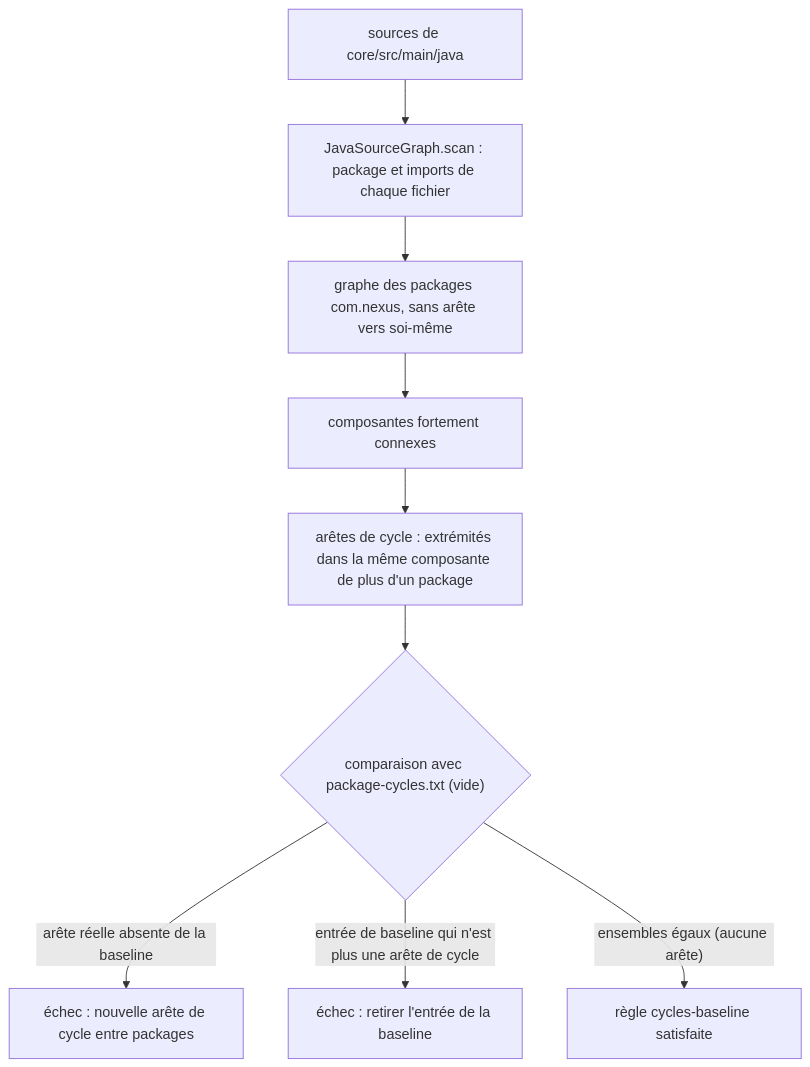
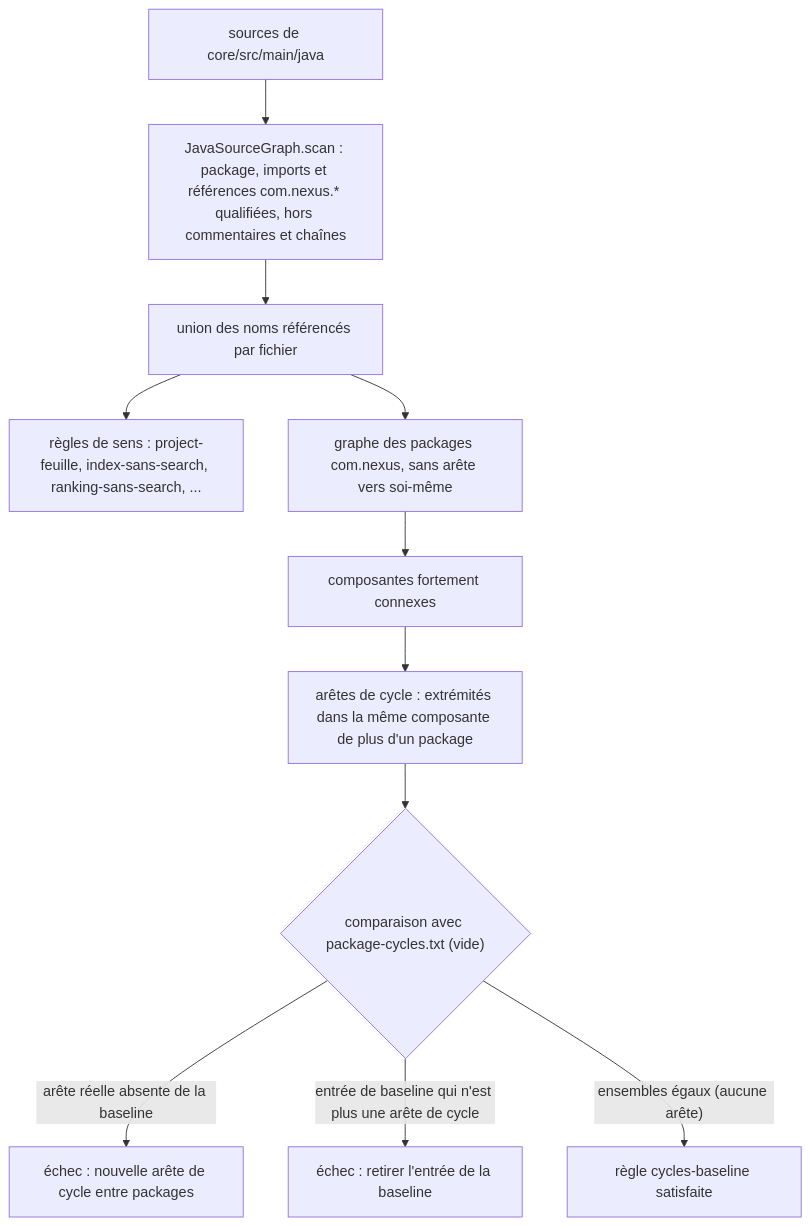
Before and after one commit to FTurleque/nexus-context-engine: the third of 3 diagrams in docs/developer/architecture-implementation.md, drawn with Mermaid. The commit also changed other lines of this file and 10 other files, not shown here.

First line of the commit message:
test(architecture): lire les références qualifiées du cœur et tester la barrière de publication

````diff
--- a/docs/developer/architecture-implementation.md
+++ b/docs/developer/architecture-implementation.md
@@ -389,11 +390,13 @@
 ```mermaid
 flowchart TD
-    S["sources de core/src/main/java"] --> P["JavaSourceGraph.scan : package et imports de chaque fichier"]
-    P --> G["graphe des packages com.nexus, sans arête vers soi-même"]
+    S["sources de core/src/main/java"] --> P["JavaSourceGraph.scan : package, imports et références com.nexus.* qualifiées, hors commentaires et chaînes"]
+    P --> U["union des noms référencés par fichier"]
+    U --> R["règles de sens : project-feuille, index-sans-search, ranking-sans-search, ..."]
+    U --> G["graphe des packages com.nexus, sans arête vers soi-même"]
     G --> C["composantes fortement connexes"]
     C --> E["arêtes de cycle : extrémités dans la même composante de plus d'un package"]
     E --> D{"comparaison avec package-cycles.txt (vide)"}
     D -- "arête réelle absente de la baseline" --> F1["échec : nouvelle arête de cycle entre packages"]
     D -- "entrée de baseline qui n'est plus une arête de cycle" --> F2["échec : retirer l'entrée de la baseline"]
     D -- "ensembles égaux (aucune arête)" --> OK["règle cycles-baseline satisfaite"]
 ```
````
